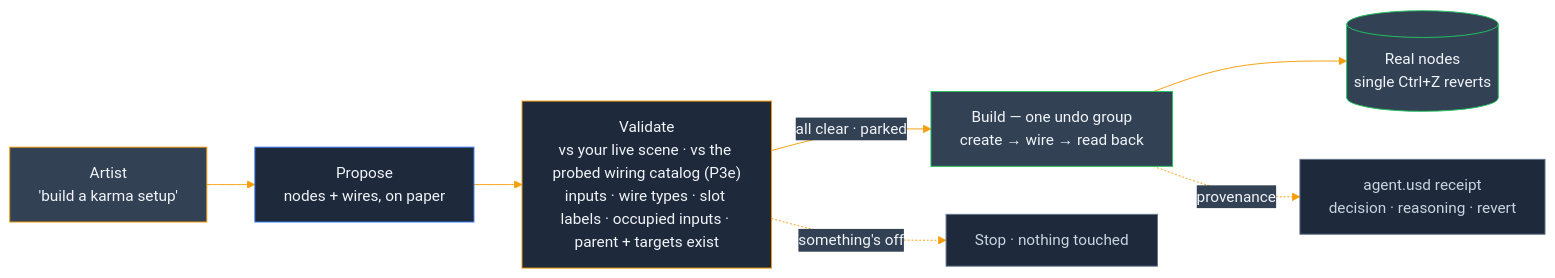
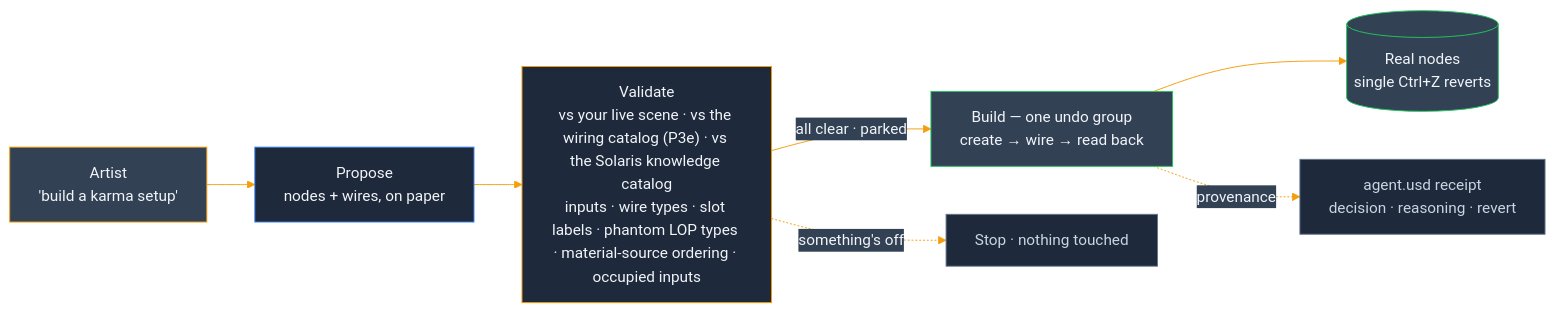
Before and after one commit to JosephOIbrahim/Synapse: the fourth of 6 diagrams in README.md, drawn with Mermaid. The commit also changed other lines of this file and 1 other file, not shown here.

First line of the commit message:
docs: surface the U.5 Solaris knowledge cycle (README + package metadata)

````diff
--- a/README.md
+++ b/README.md
@@ -157,15 +155,15 @@
 ```mermaid
 %%{init: {'theme':'base', 'themeVariables': {'primaryColor':'#1e293b','primaryTextColor':'#f1f5f9','primaryBorderColor':'#0f172a','lineColor':'#f59e0b','secondaryColor':'#334155','tertiaryColor':'#475569'}}}%%
 flowchart LR
     ASK["Artist<br/>'build a karma setup'"]:::artist --> PROP["Propose<br/>nodes + wires, on paper"]:::panel
-    PROP --> VAL["Validate<br/>vs your live scene · vs the probed wiring catalog (P3e)<br/>inputs · wire types · slot labels · occupied inputs · parent + targets exist"]:::bridge
+    PROP --> VAL["Validate<br/>vs your live scene · vs the wiring catalog (P3e) · vs the Solaris knowledge catalog<br/>inputs · wire types · slot labels · phantom LOP types · material-source ordering · occupied inputs"]:::bridge
     VAL -->|"all clear · parked"| BUILD["Build — one undo group<br/>create → wire → read back"]:::hou
     VAL -.->|"something's off"| STOP["Stop · nothing touched"]:::side
     BUILD --> NODES[("Real nodes<br/>single Ctrl+Z reverts")]:::hou
     BUILD -.provenance.-> REC["agent.usd receipt<br/>decision · reasoning · revert"]:::side
     classDef artist fill:#334155,stroke:#f59e0b,color:#f1f5f9
     classDef panel fill:#1e293b,stroke:#3b82f6,color:#f1f5f9
     classDef bridge fill:#1e293b,stroke:#f59e0b,color:#f1f5f9
     classDef hou fill:#334155,stroke:#22c55e,color:#f1f5f9
     classDef side fill:#1e293b,stroke:#64748b,color:#cbd5e1
 ```
````
